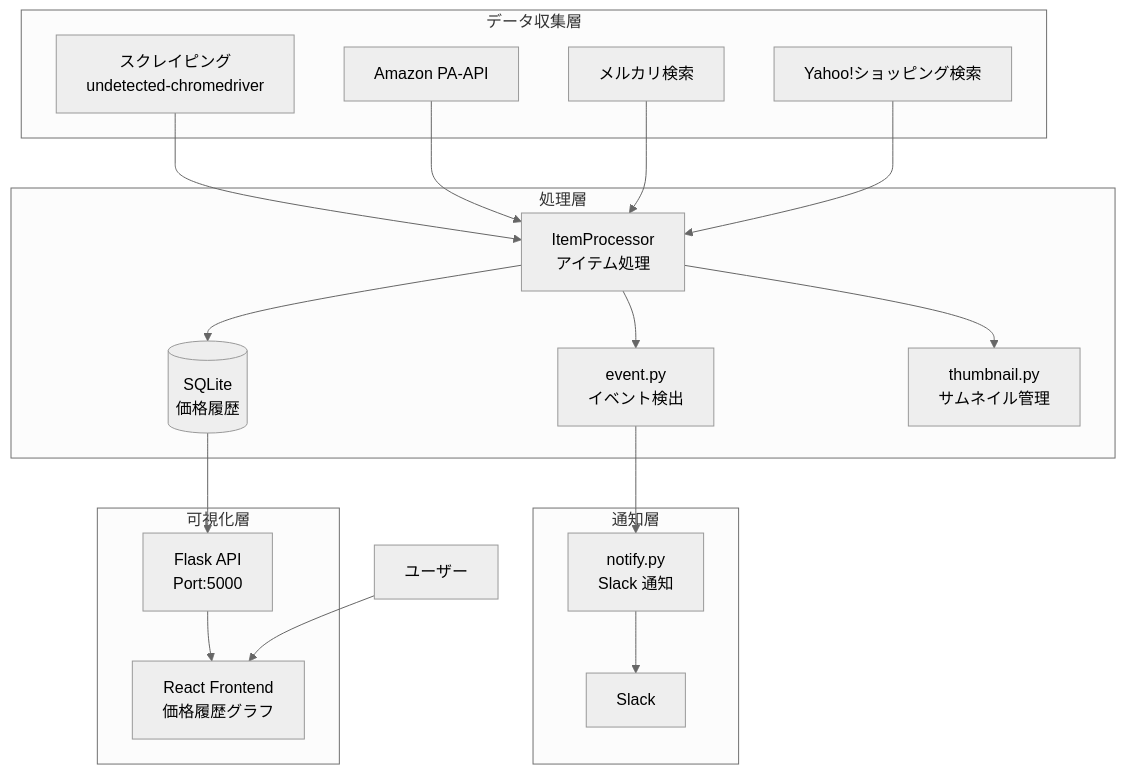
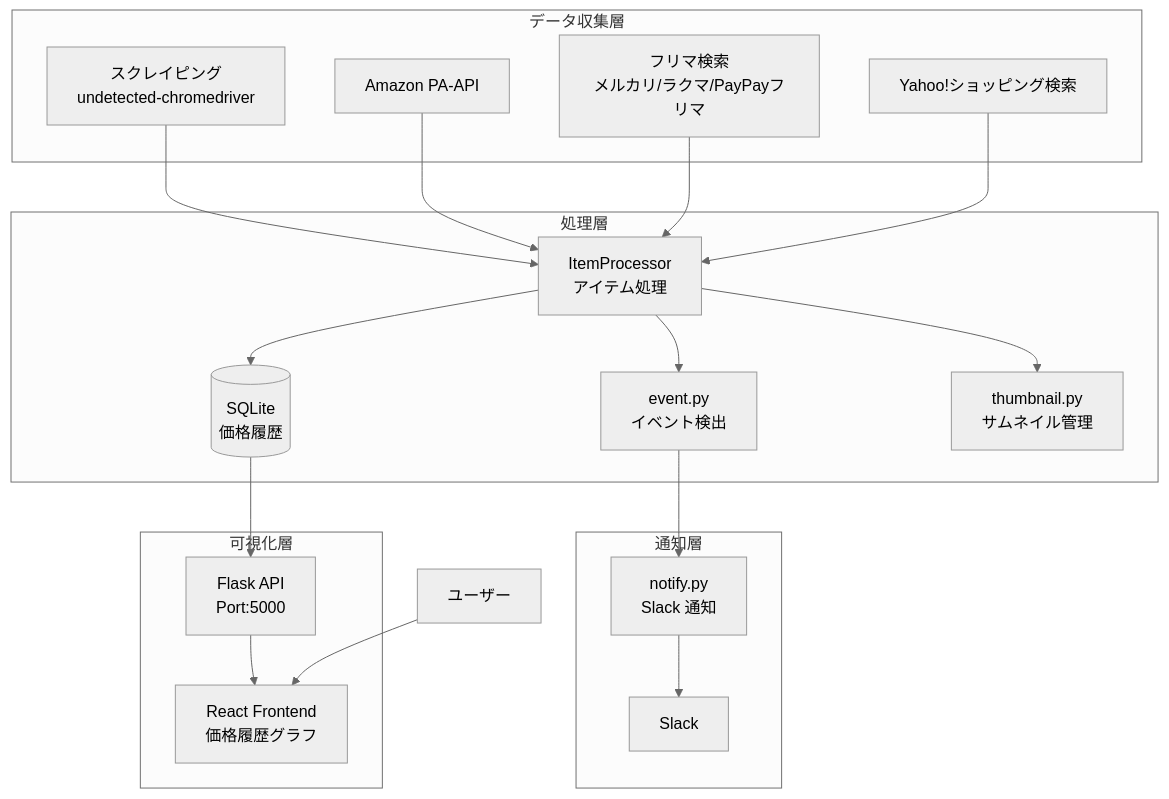
The first of 2 diagrams in README.md (kimata/price-watch), drawn with Mermaid (neutral theme) before and after one commit. The commit also changed other lines of this file and 12 other files, not shown here.

First line of the commit message:
feat: ラクマ・PayPayフリマ検索に対応し、フリマ検索を統合モジュールに集約

````diff
--- a/README.md
+++ b/README.md
@@ -57,43 +59,43 @@
 ```mermaid
 flowchart TB
     subgraph "データ収集層"
         SCRAPE[スクレイピング<br/>undetected-chromedriver]
         PAAPI[Amazon PA-API]
-        MERCARI[メルカリ検索]
+        FLEA[フリマ検索<br/>メルカリ/ラクマ/PayPayフリマ]
         YAHOO[Yahoo!ショッピング検索]
     end
 
     subgraph "処理層"
         PROC[ItemProcessor<br/>アイテム処理]
         EVENT[event.py<br/>イベント検出]
         HISTORY[(SQLite<br/>価格履歴)]
         THUMB[thumbnail.py<br/>サムネイル管理]
     end
 
     subgraph "通知層"
         NOTIFY[notify.py<br/>Slack 通知]
         SLACK[Slack]
     end
 
     subgraph "可視化層"
         FLASK[Flask API<br/>Port:5000]
         REACT[React Frontend<br/>価格履歴グラフ]
     end
 
     SCRAPE --> PROC
     PAAPI --> PROC
-    MERCARI --> PROC
+    FLEA --> PROC
     YAHOO --> PROC
 
     PROC --> EVENT
     PROC --> HISTORY
     PROC --> THUMB
 
     EVENT --> NOTIFY
     NOTIFY --> SLACK
 
     HISTORY --> FLASK
     FLASK --> REACT
 
     USR[ユーザー] --> REACT
 ```
````
